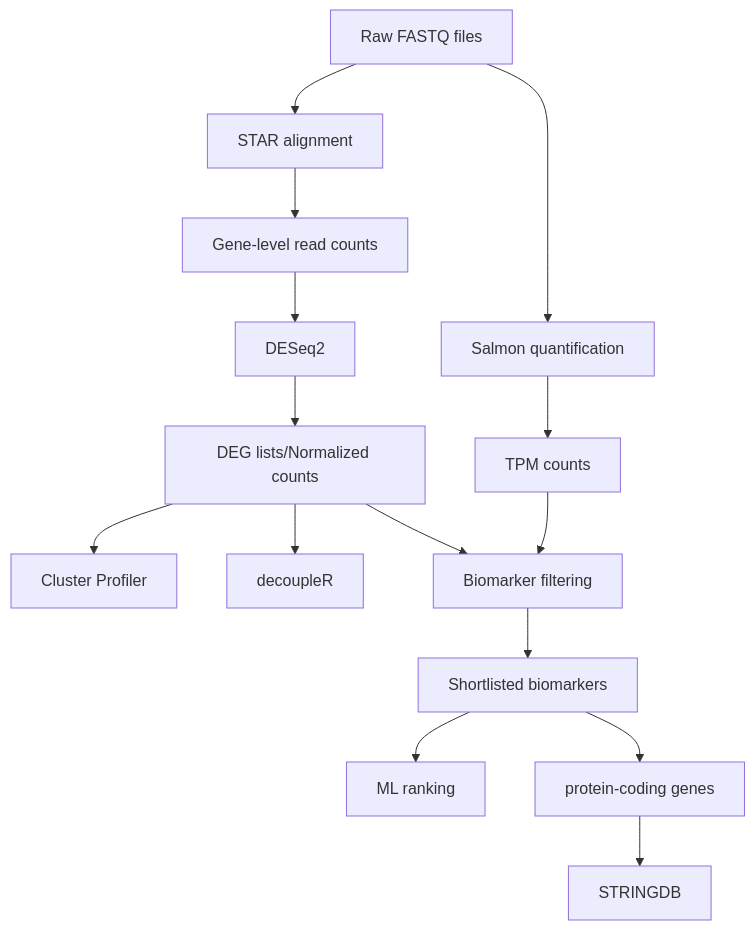
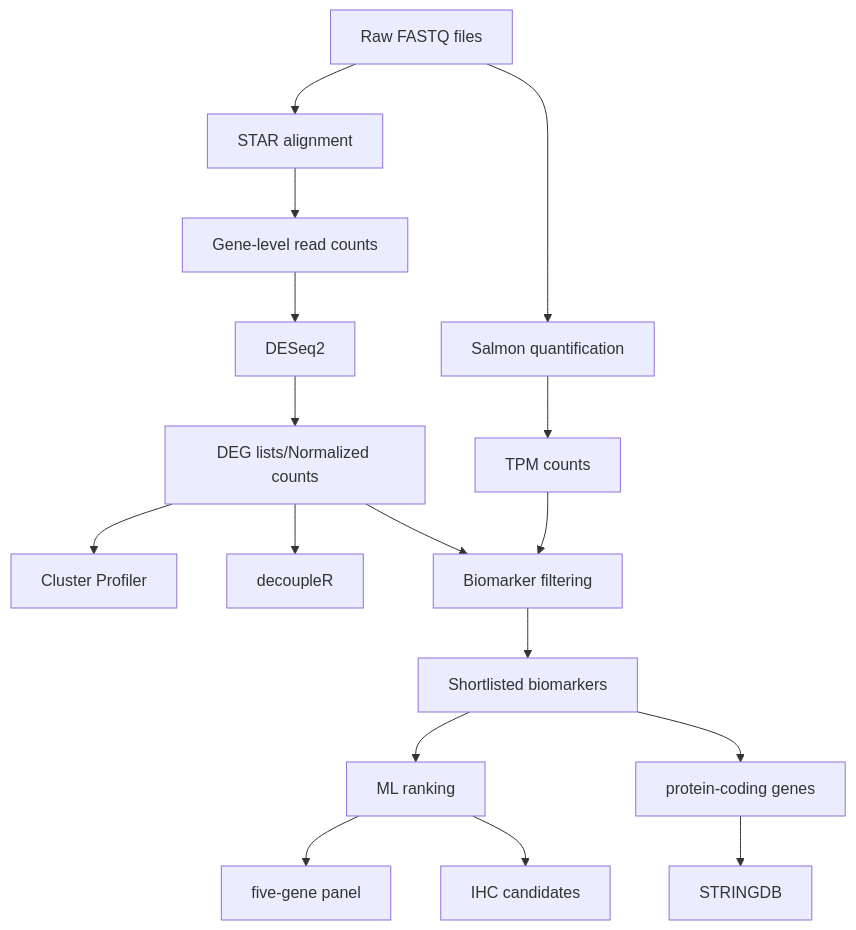
Before and after one commit to tudumanne/BulkRNAseq_Barretts: the diagram in README.md, drawn with Mermaid.

Commit message:
Updated main workflow diagram

````diff
--- a/README.md
+++ b/README.md
@@ -15,17 +15,19 @@
 ``` mermaid
 graph TD; 
     A[Raw FASTQ files]-->B[STAR alignment];
     A-->C[Salmon quantification];
     B-->D[Gene-level read counts];
     D-->E[DESeq2];
     E-->F[DEG lists/Normalized counts];
     F-->G[Cluster Profiler];
     F-->H[decoupleR]; 
     C-->I[TPM counts];
     F-->J[Biomarker filtering];
     I-->J;
     J-->K[Shortlisted biomarkers]
     K-->L[ML ranking];
     K-->M[protein-coding genes]
     M-->N[STRINGDB];
+    L-->O[five-gene panel];
+    L-->P[IHC candidates];
 ```
````
